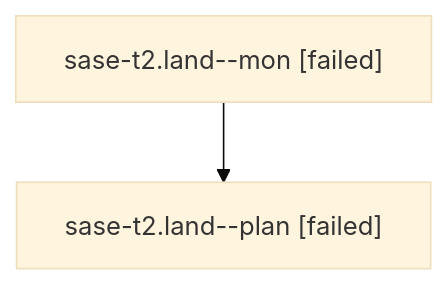
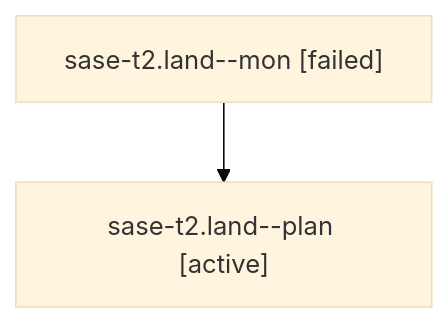
Before and after one commit to sase-org/sase--agents: the diagram in families/bbugyi200.athena.sase-t2.land.md, drawn with Mermaid (base theme). The commit also changed other lines of this file and 35830 other files, not shown here.

````diff
--- a/families/bbugyi200.athena.sase-t2.land.md
+++ b/families/bbugyi200.athena.sase-t2.land.md
@@ -9,6 +9,6 @@
 ```mermaid
 flowchart TD
   n0["sase-t2.land--mon [failed]"]
-  n1["sase-t2.land--plan [failed]"]
+  n1["sase-t2.land--plan [active]"]
   n0 --> n1
 ```
````
